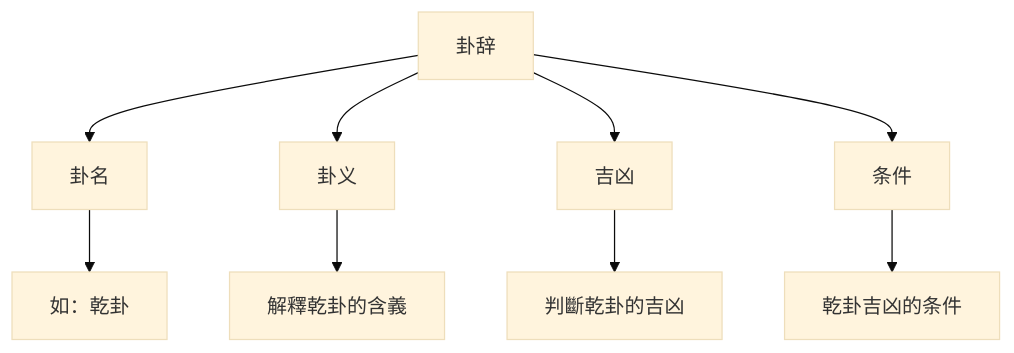
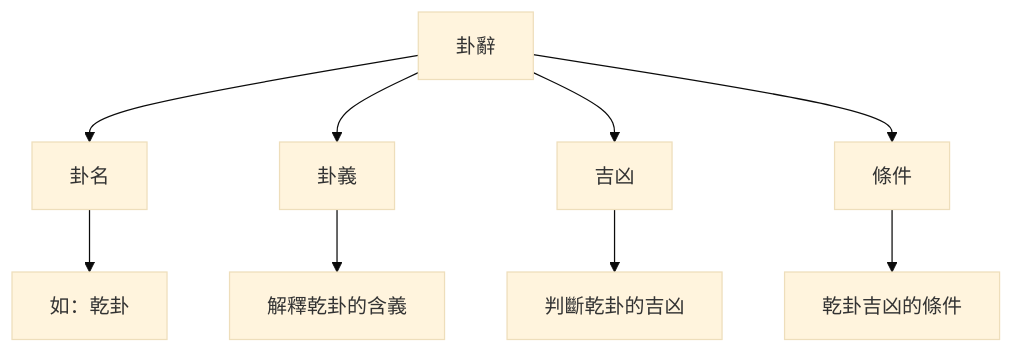
The first of 2 diagrams in 3 Resources/04-Interests/易学/02-易经核心/卦辞爻辞解读.md (kmjade/knowledge-value), drawn with Mermaid (base theme) before and after one commit. The commit also changed other lines of this file and 49 other files, not shown here.

````diff
--- a/3 Resources/04-Interests/易学/02-易经核心/卦辞爻辞解读.md
+++ b/3 Resources/04-Interests/易学/02-易经核心/卦辞爻辞解读.md
@@ -30,12 +30,12 @@
 ```mermaid
 graph TB
-    A[卦辞] --> B[卦名]
-    A --> C[卦义]
+    A[卦辭] --> B[卦名]
+    A --> C[卦義]
     A --> D[吉凶]
-    A --> E[条件]
+    A --> E[條件]
     
     B --> B1[如：乾卦]
     C --> C1[解釋乾卦的含義]
     D --> D1[判斷乾卦的吉凶]
-    E --> E1[乾卦吉凶的条件]
+    E --> E1[乾卦吉凶的條件]
 ```
````
